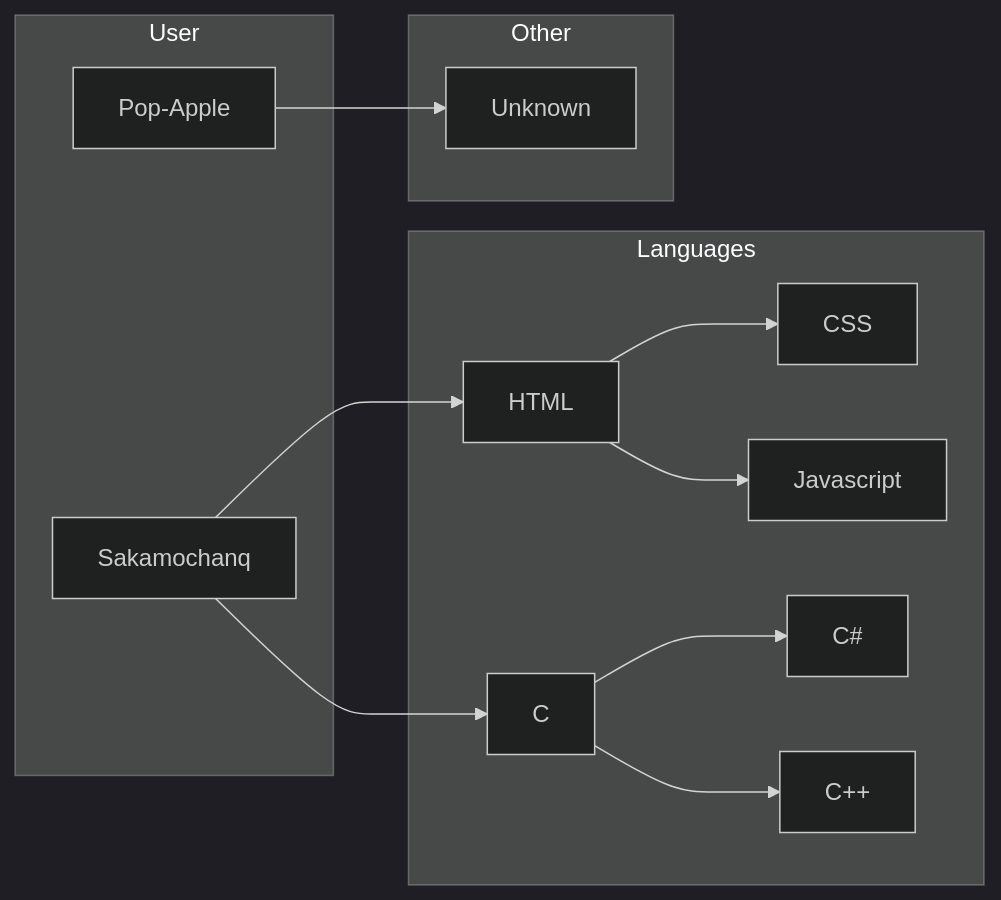
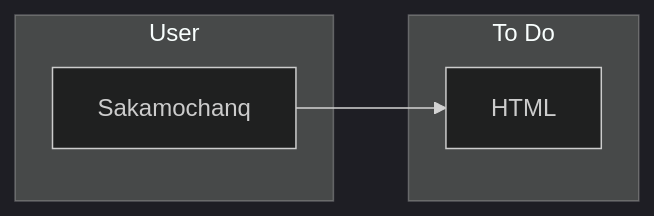
One commit to Pop-Apple/Sakamochanq changed the diagram in README.md. Above: the diagram before and after it, drawn with Mermaid. The commit also changed other lines of this file, not shown here.

````diff
--- a/README.md
+++ b/README.md
@@ -13,26 +13,17 @@
 ```mermaid
+
 graph LR
 
   %%{init: {"theme" : "dark" }}%%
 
   subgraph "User"
     A-1[Sakamochanq]
-    A-2[Pop-Apple]
 
   end
 
-  subgraph "Languages"
+  subgraph "To Do"
     A-1 --> B-1[HTML]
-    B-1 --> C-1[CSS]
-    B-1 --> C-2[Javascript]
-    A-1 --> B-2[C]
-    B-2 --> C-3[C#]
-    B-2 --> C-4[C++]
 
   end
 
-  subgraph "Other"
-    A-2 --> B-3[Unknown]
-
-  end
 ```
````
